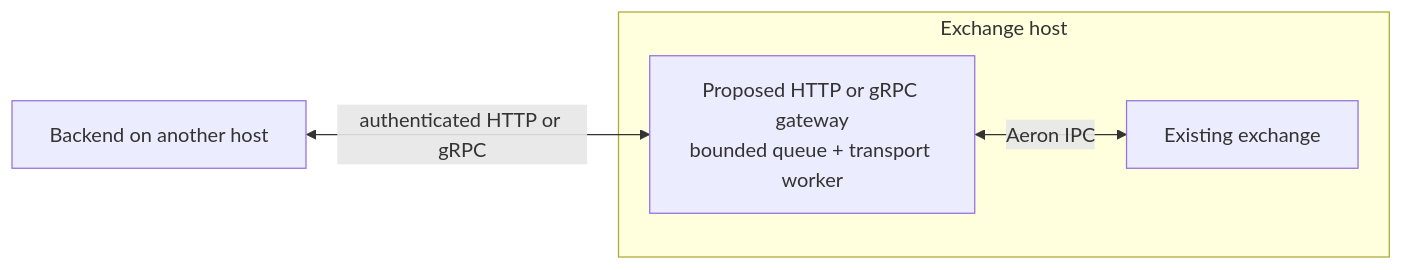
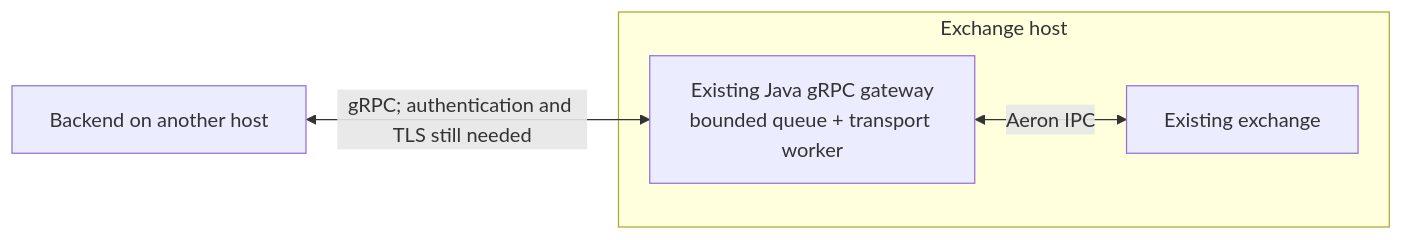
One commit to samctensen/exchange-lab changed the third of 3 diagrams in docs/architecture.md. Above: the diagram before and after it, drawn with Mermaid. The commit also changed other lines of this file and 2 other files, not shown here.

Commit message:
docs: describe gateway pipelining and concurrent backend calls

````diff
--- a/docs/architecture.md
+++ b/docs/architecture.md
@@ -85,10 +95,10 @@
 ```mermaid
 flowchart LR
   Remote["Backend on another host"]
   subgraph Host["Exchange host"]
-    Gateway["Proposed HTTP or gRPC gateway<br/>bounded queue + transport worker"]
+    Gateway["Existing Java gRPC gateway<br/>bounded queue + transport worker"]
     Engine["Existing exchange"]
     Gateway <-->|"Aeron IPC"| Engine
   end
-  Remote <-->|"authenticated HTTP or gRPC"| Gateway
+  Remote <-->|"gRPC; authentication and TLS still needed"| Gateway
 ```
````
